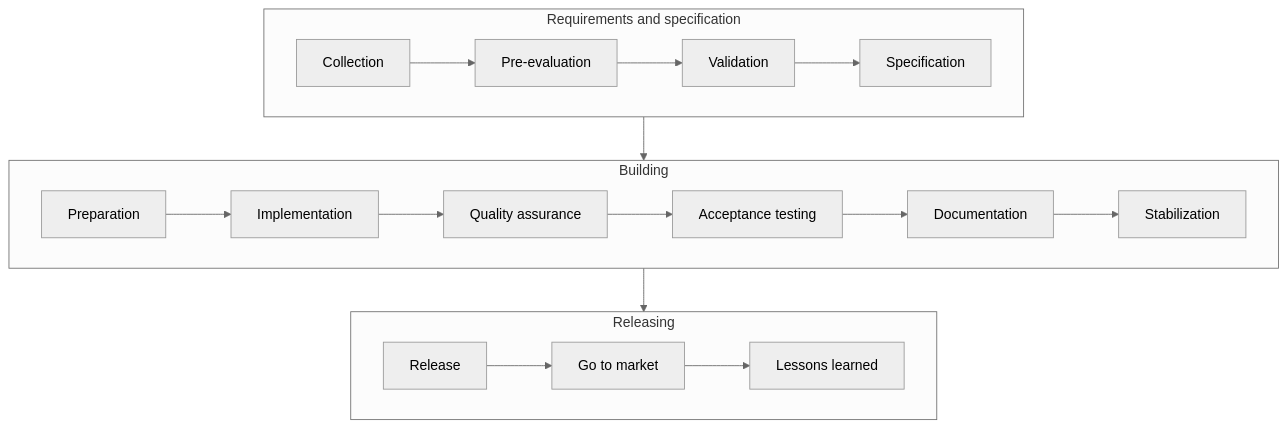
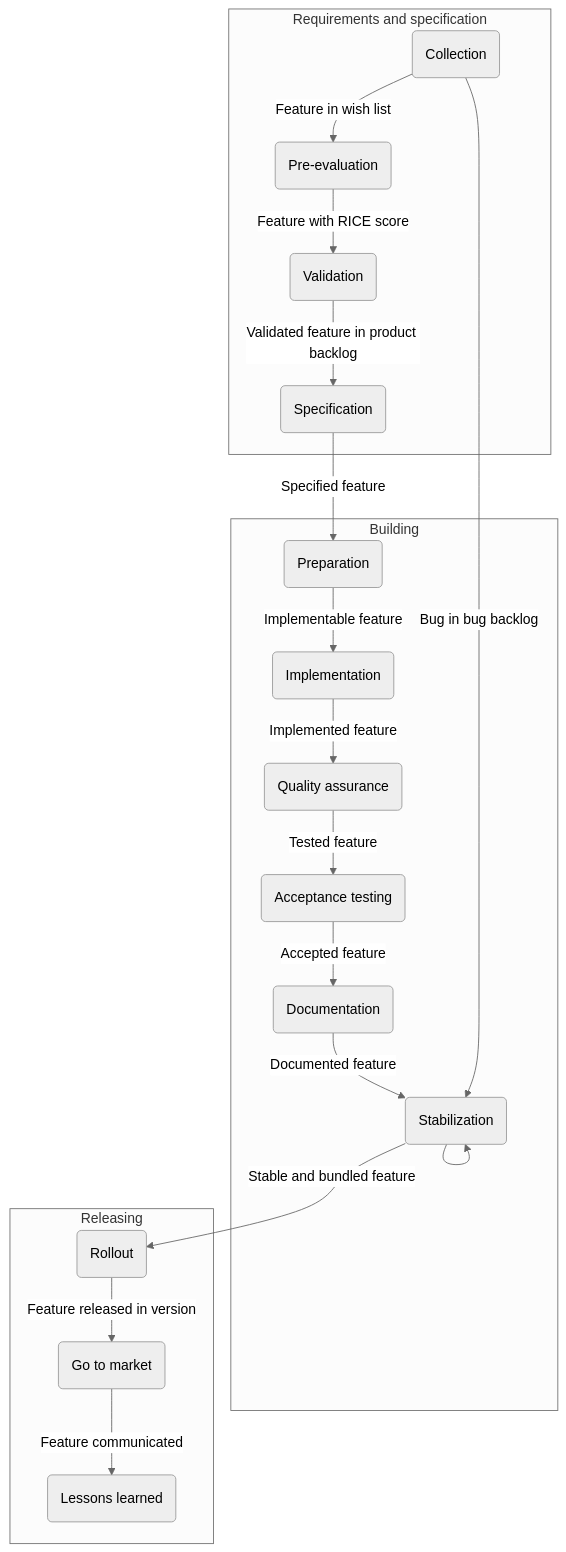
One commit to opf/openproject changed the diagram in docs/development/product-development-handbook/README.md. Above: the diagram before and after it, drawn with Mermaid. The commit also changed other lines of this file, not shown here.

Commit message:
finish diagram

````diff
--- a/docs/development/product-development-handbook/README.md
+++ b/docs/development/product-development-handbook/README.md
@@ -23,29 +34,46 @@
 ```mermaid
 %%{init: {'theme':'neutral'}}%%
 
 flowchart TD
   subgraph requirements[Requirements and specification]
-    qCollection[Collection] -->
-    qEvaluation[Pre-evaluation] -->
-    qValidation[Validation] -->
-    qSpecification[Specification]
+    qCollection(Collection)
+    qEvaluation(Pre-evaluation)
+    qValidation(Validation)
+    qSpecification(Specification)
+
+    qCollection --> |Feature in wish list| qEvaluation
+    qEvaluation --> |Feature with RICE score| qValidation
+    qValidation --> |Validated feature in product backlog| qSpecification
   end
 
+  qSpecification --> |Specified feature| bPreparation
+
   subgraph building[Building]
-    bPreparation[Preparation] -->
-    bImplementation[Implementation] -->
-    bQA[Quality assurance] -->
-    bAcceptance[Acceptance testing] -->
-    bDocumentation[Documentation] -->
-    bStabilization[Stabilization]
+    bPreparation(Preparation)
+    bImplementation(Implementation)
+    bQA(Quality assurance)
+    bAcceptance(Acceptance testing)
+    bDocumentation(Documentation)
+    bStabilization(Stabilization)
+
+    bPreparation --> |Implementable feature| bImplementation
+    bImplementation --> |Implemented feature| bQA
+    bQA --> |Tested feature| bAcceptance
+    bAcceptance --> |Accepted feature| bDocumentation
+    bDocumentation --> |Documented feature| bStabilization
+    bStabilization --> bStabilization
   end
 
+  qCollection --> |Bug in bug backlog| bStabilization
+
+  bStabilization --> |Stable and bundled feature| bRollout
+
   subgraph release[Releasing]
-    bRelease[Release] -->
-    bMarket[Go to market] -->
-    bLearning[Lessons learned]
+    bRollout(Rollout)
+    bMarket(Go to market)
+    bLearning(Lessons learned)
+
+    bRollout --> |Feature released in version| bMarket
+    bMarket --> |Feature communicated| bLearning
   end
-
-  requirements --> building
-  building --> release
 ```
````
